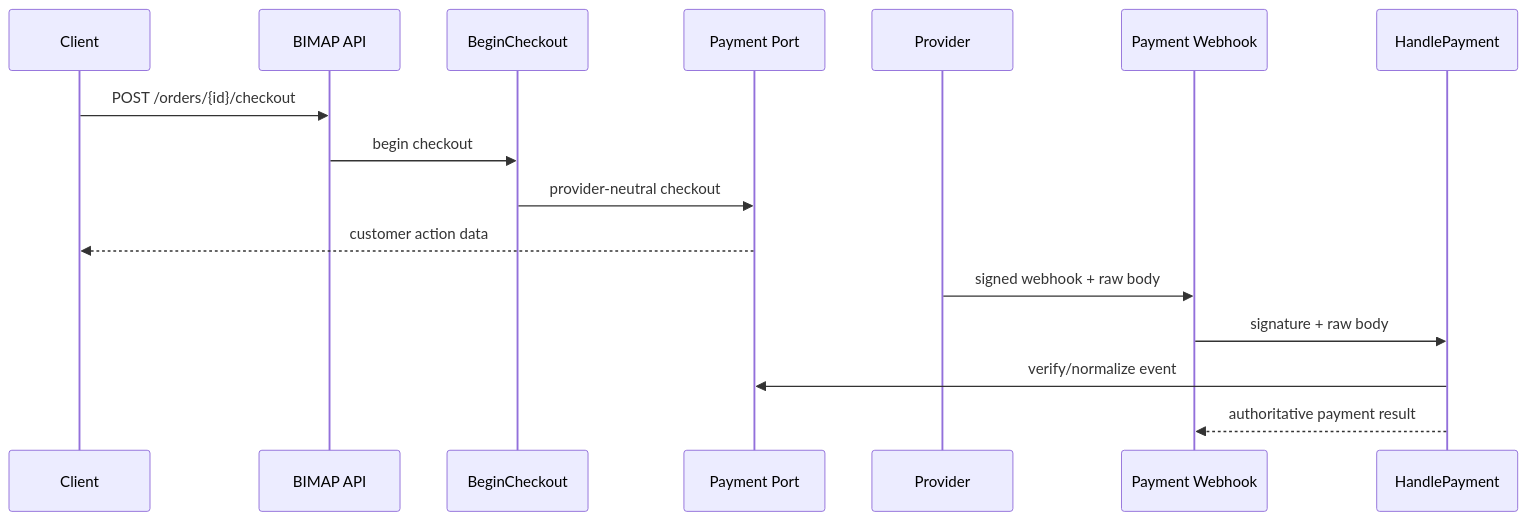
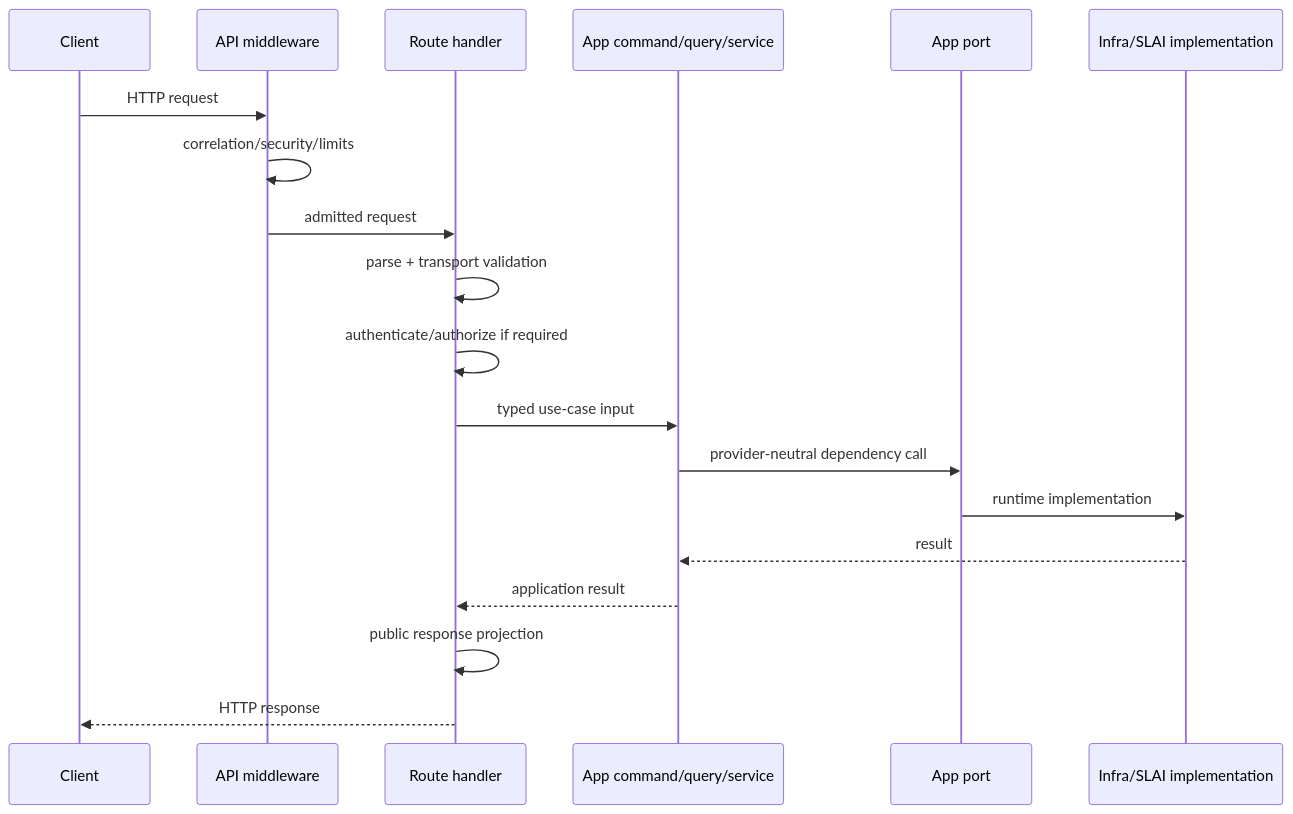
The second of 3 diagrams in api/README.md (The-Outsider-97/bimap), drawn with Mermaid before and after one commit. The commit also changed other lines of this file, not shown here.

````diff
--- a/api/README.md
+++ b/api/README.md
@@ -830,20 +251,22 @@
 ```mermaid
 sequenceDiagram
     participant C as Client
-    participant API as BIMAP API
-    participant CMD as BeginCheckout
-    participant PAY as Payment Port
-    participant P as Provider
-    participant WH as Payment Webhook
-    participant HP as HandlePayment
+    participant M as API middleware
+    participant R as Route handler
+    participant U as App command/query/service
+    participant P as App port
+    participant I as Infra/SLAI implementation
 
-    C->>API: POST /orders/{id}/checkout
-    API->>CMD: begin checkout
-    CMD->>PAY: provider-neutral checkout
-    PAY-->>C: customer action data
-
-    P->>WH: signed webhook + raw body
-    WH->>HP: signature + raw body
-    HP->>PAY: verify/normalize event
-    HP-->>WH: authoritative payment result
+    C->>M: HTTP request
+    M->>M: correlation/security/limits
+    M->>R: admitted request
+    R->>R: parse + transport validation
+    R->>R: authenticate/authorize if required
+    R->>U: typed use-case input
+    U->>P: provider-neutral dependency call
+    P->>I: runtime implementation
+    I-->>U: result
+    U-->>R: application result
+    R->>R: public response projection
+    R-->>C: HTTP response
 ```
````
